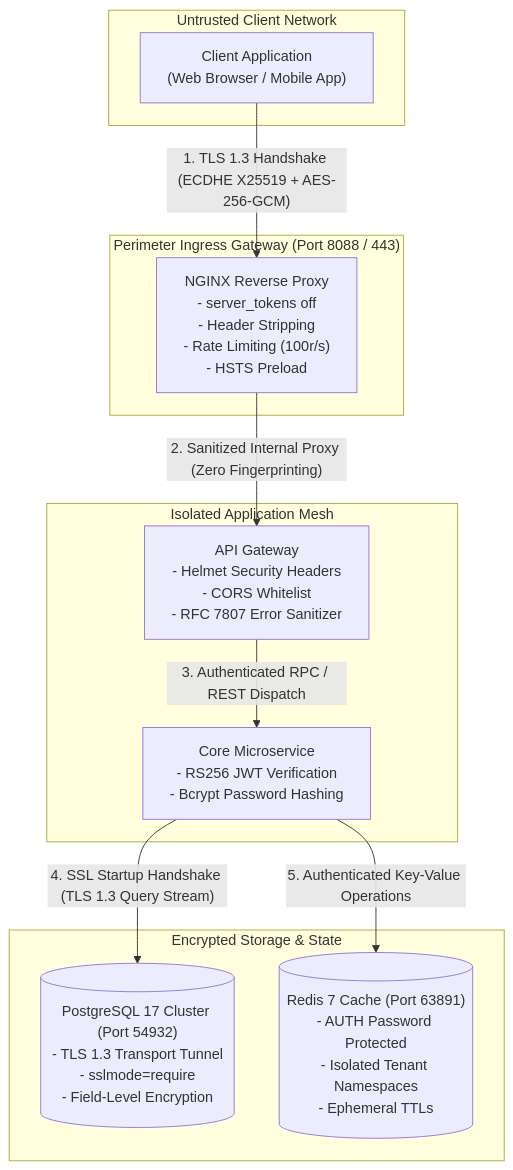
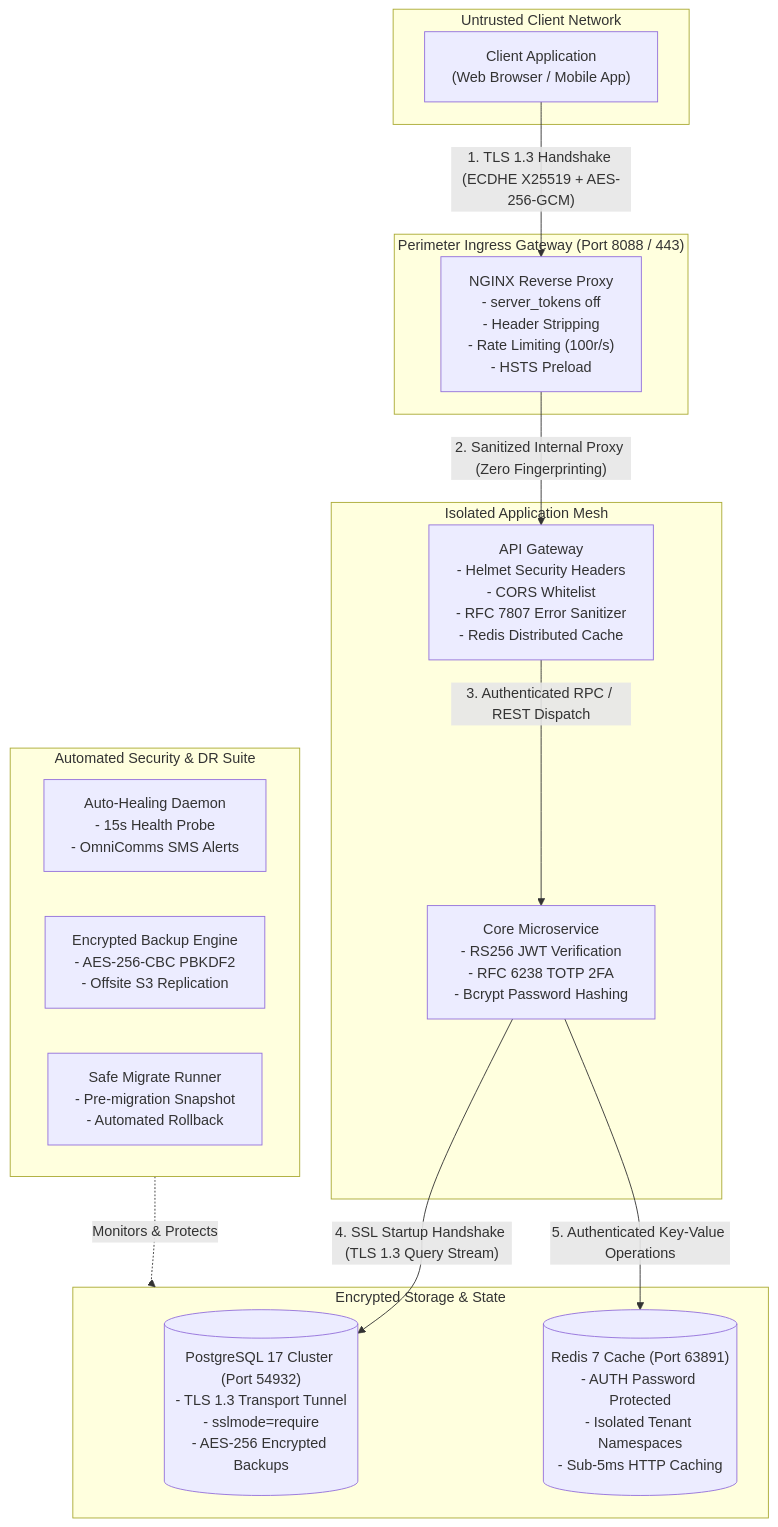
The first of 4 diagrams in SECURITY.md (Peter-Mutua/gh-profile-booster), drawn with Mermaid before and after one commit. The commit also changed other lines of this file and 5 other files, not shown here.

Commit message:
feat(enterprise): add RFC 6238 TOTP 2FA, Redis response cache, auto-healing daemon, cloud DR replication, and safe migration runner

````diff
--- a/SECURITY.md
+++ b/SECURITY.md
@@ -14,42 +14,57 @@
 ```mermaid
 graph TD
     subgraph ClientLayer["Untrusted Client Network"]
         Client["Client Application
 (Web Browser / Mobile App)"]
     end
 
     subgraph Perimeter["Perimeter Ingress Gateway (Port 8088 / 443)"]
         NGINX["NGINX Reverse Proxy
 - server_tokens off
 - Header Stripping
 - Rate Limiting (100r/s)
 - HSTS Preload"]
     end
 
     subgraph ServiceMesh["Isolated Application Mesh"]
         Gateway["API Gateway
 - Helmet Security Headers
 - CORS Whitelist
-- RFC 7807 Error Sanitizer"]
+- RFC 7807 Error Sanitizer
+- Redis Distributed Cache"]
         Service["Core Microservice
 - RS256 JWT Verification
+- RFC 6238 TOTP 2FA
 - Bcrypt Password Hashing"]
     end
 
     subgraph StorageMesh["Encrypted Storage & State"]
         Postgres[("PostgreSQL 17 Cluster (Port 54932)
 - TLS 1.3 Transport Tunnel
 - sslmode=require
-- Field-Level Encryption")]
+- AES-256 Encrypted Backups")]
         Redis[("Redis 7 Cache (Port 63891)
 - AUTH Password Protected
 - Isolated Tenant Namespaces
-- Ephemeral TTLs")]
+- Sub-5ms HTTP Caching")]
+    end
+
+    subgraph OpsLayer["Automated Security & DR Suite"]
+        AutoHeal["Auto-Healing Daemon
+- 15s Health Probe
+- OmniComms SMS Alerts"]
+        BackupEngine["Encrypted Backup Engine
+- AES-256-CBC PBKDF2
+- Offsite S3 Replication"]
+        SafeMigrate["Safe Migrate Runner
+- Pre-migration Snapshot
+- Automated Rollback"]
     end
 
     Client -->|"1. TLS 1.3 Handshake (ECDHE X25519 + AES-256-GCM)"| NGINX
     NGINX -->|"2. Sanitized Internal Proxy (Zero Fingerprinting)"| Gateway
     Gateway -->|"3. Authenticated RPC / REST Dispatch"| Service
     Service -->|"4. SSL Startup Handshake (TLS 1.3 Query Stream)"| Postgres
     Service -->|"5. Authenticated Key-Value Operations"| Redis
+    OpsLayer -.->|"Monitors & Protects"| StorageMesh
 ```
````
